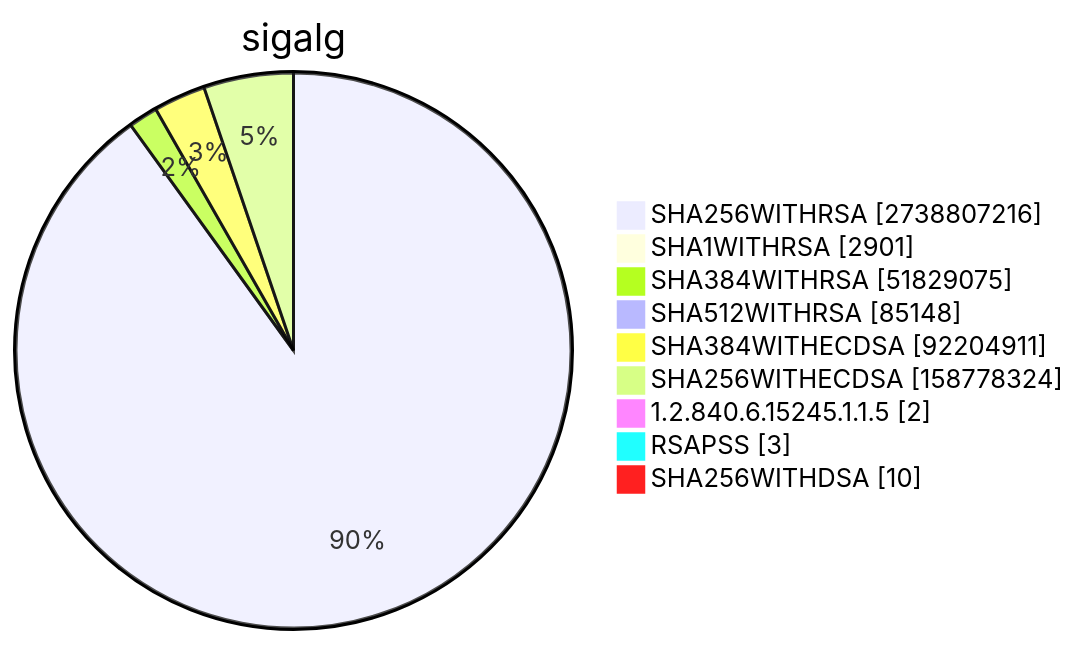
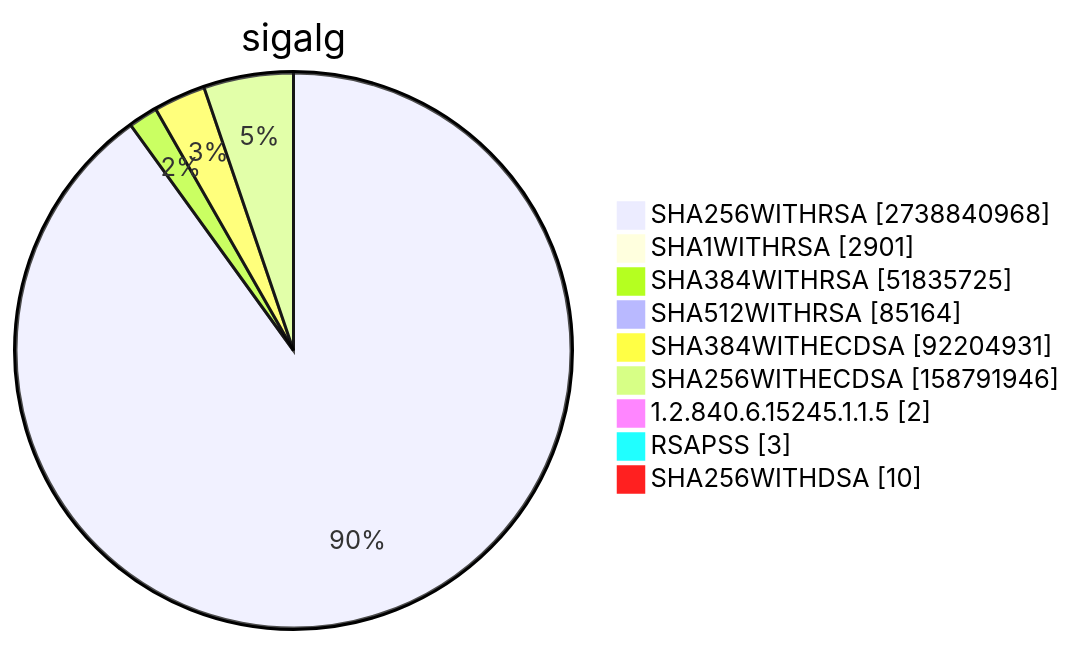
Diagram 15 of 15 in TOTAL/README.md (christiankrug/ctmonitor_visualization), drawn with Mermaid before and after one commit. The commit also changed other lines of this file, not shown here.

````diff
--- a/TOTAL/README.md
+++ b/TOTAL/README.md
@@ -6201,13 +6201,13 @@
 ```mermaid
 pie showData
 title sigalg
-"SHA256WITHRSA" :2738807216
+"SHA256WITHRSA" :2738840968
 "SHA1WITHRSA" :2901
-"SHA384WITHRSA" :51829075
-"SHA512WITHRSA" :85148
-"SHA384WITHECDSA" :92204911
-"SHA256WITHECDSA" :158778324
+"SHA384WITHRSA" :51835725
+"SHA512WITHRSA" :85164
+"SHA384WITHECDSA" :92204931
+"SHA256WITHECDSA" :158791946
 "1.2.840.6.15245.1.1.5" :2
 "RSAPSS" :3
 "SHA256WITHDSA" :10
 ```
````
